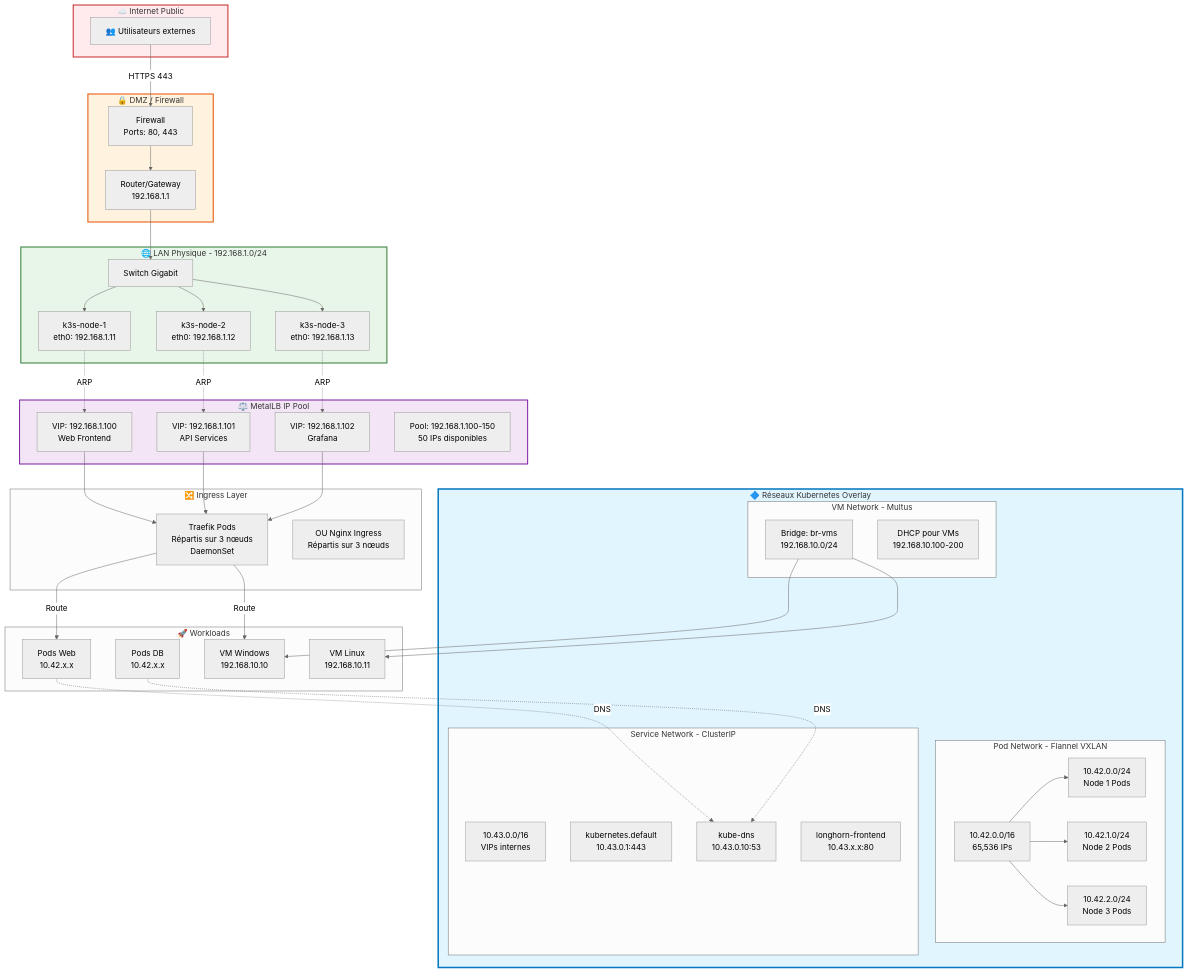
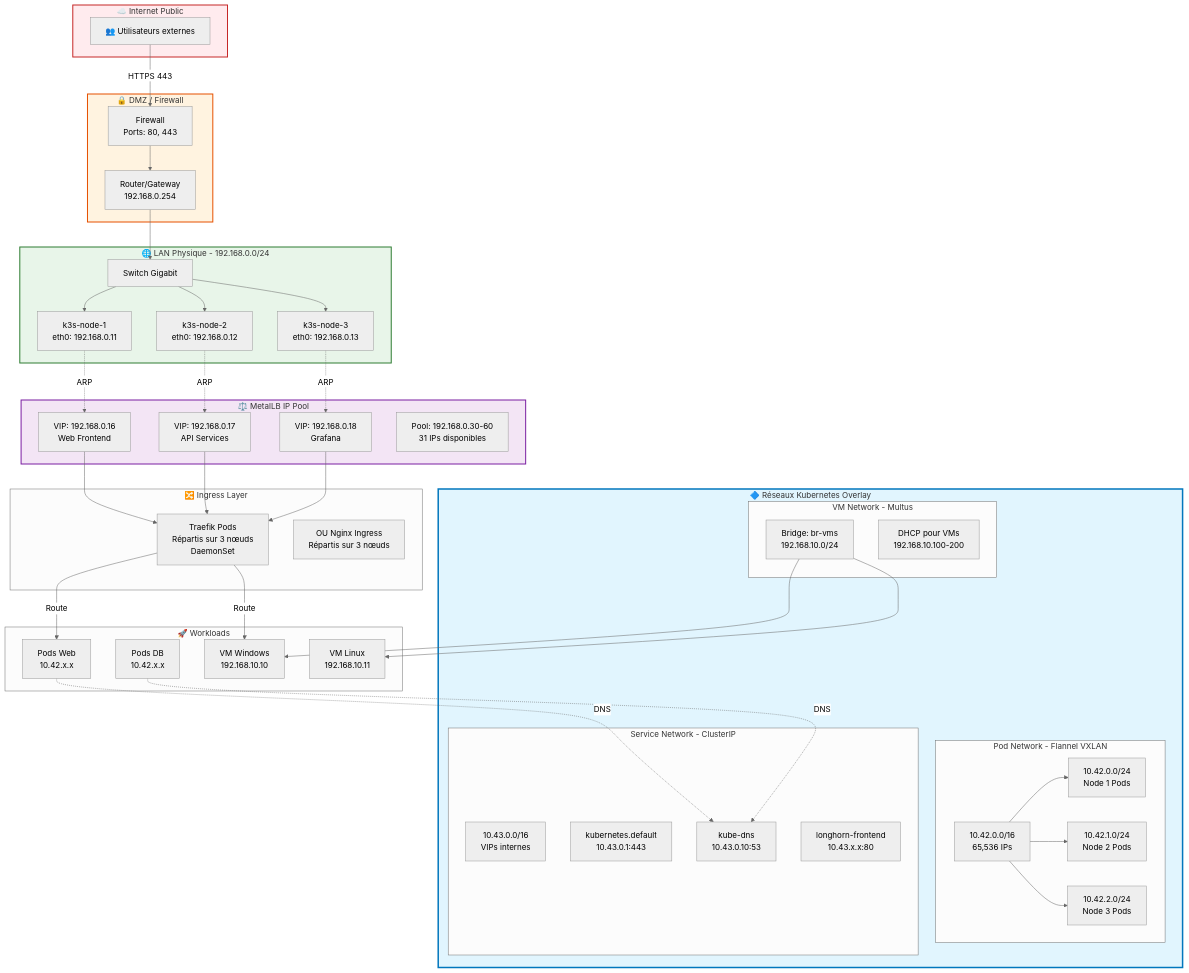
The third of 7 diagrams in k3s-cluster-architecture.md (xixtu/k3s-kubevirt), drawn with Mermaid (neutral theme) before and after one commit. The commit also changed 2 other files, not shown here.

Commit message:
MAJ adresse IP dans k3S cluster architecture

```diff
--- a/k3s-cluster-architecture.md
+++ b/k3s-cluster-architecture.md
@@ -228,22 +228,22 @@
     
     subgraph DMZ["🔒 DMZ / Firewall"]
         Firewall["Firewall<br/>Ports: 80, 443"]
-        Router["Router/Gateway<br/>192.168.1.1"]
+        Router["Router/Gateway<br/>192.168.0.254"]
     end
     
-    subgraph LANPhysique["🌐 LAN Physique - 192.168.1.0/24"]
+    subgraph LANPhysique["🌐 LAN Physique - 192.168.0.0/24"]
         Switch["Switch Gigabit"]
         
-        Node1NIC["k3s-node-1<br/>eth0: 192.168.1.11"]
-        Node2NIC["k3s-node-2<br/>eth0: 192.168.1.12"]
-        Node3NIC["k3s-node-3<br/>eth0: 192.168.1.13"]
+        Node1NIC["k3s-node-1<br/>eth0: 192.168.0.11"]
+        Node2NIC["k3s-node-2<br/>eth0: 192.168.0.12"]
+        Node3NIC["k3s-node-3<br/>eth0: 192.168.0.13"]
     end
     
     subgraph MetalLBPool["⚖️ MetalLB IP Pool"]
-        VIP1["VIP: 192.168.1.100<br/>Web Frontend"]
-        VIP2["VIP: 192.168.1.101<br/>API Services"]
-        VIP3["VIP: 192.168.1.102<br/>Grafana"]
-        VIPRange["Pool: 192.168.1.100-150<br/>50 IPs disponibles"]
+        VIP1["VIP: 192.168.0.16<br/>Web Frontend"]
+        VIP2["VIP: 192.168.0.17<br/>API Services"]
+        VIP3["VIP: 192.168.0.18<br/>Grafana"]
+        VIPRange["Pool: 192.168.0.30-60<br/>31 IPs disponibles"]
     end
     
     subgraph K8sNetworks["🔷 Réseaux Kubernetes Overlay"]
```
